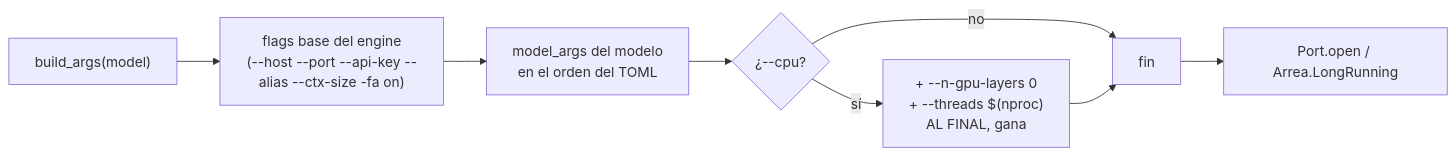
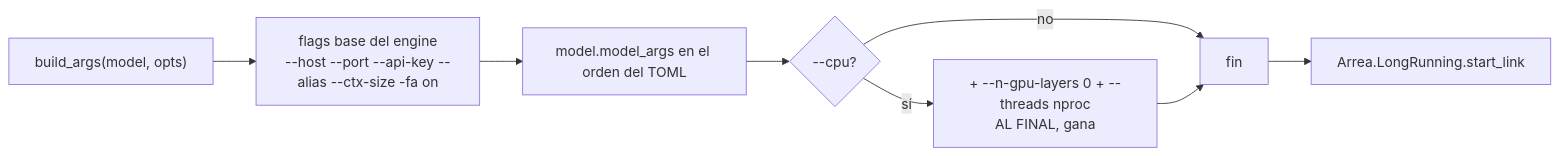
Before and after one commit to Lorenzo-SF/candil: the sixth of 19 diagrams in proyecto 4.0/candil-4.0-final.md, drawn with Mermaid. The commit also changed other lines of this file, not shown here.

````diff
--- a/proyecto 4.0/candil-4.0-final.md
+++ b/proyecto 4.0/candil-4.0-final.md
@@ -714,10 +938,10 @@
 ```mermaid
 graph LR
-    A["build_args(model)"] --> B["flags base del engine<br/>(--host --port --api-key --alias --ctx-size -fa on)"]
-    B --> C["model_args del modelo<br/>en el orden del TOML"]
-    C --> D{"¿--cpu?"}
-    D -->|sí| E["+ --n-gpu-layers 0<br/>+ --threads $(nproc)<br/>AL FINAL, gana"]
+    A["build_args(model, opts)"] --> B["flags base del engine<br/>--host --port --api-key --alias --ctx-size -fa on"]
+    B --> C["model.model_args en el orden del TOML"]
+    C --> D{"--cpu?"}
+    D -->|sí| E["+ --n-gpu-layers 0 + --threads nproc<br/>AL FINAL, gana"]
     D -->|no| F["fin"]
     E --> F
-    F --> G["Port.open / Arrea.LongRunning"]
+    F --> G["Arrea.LongRunning.start_link"]
 ```
````
